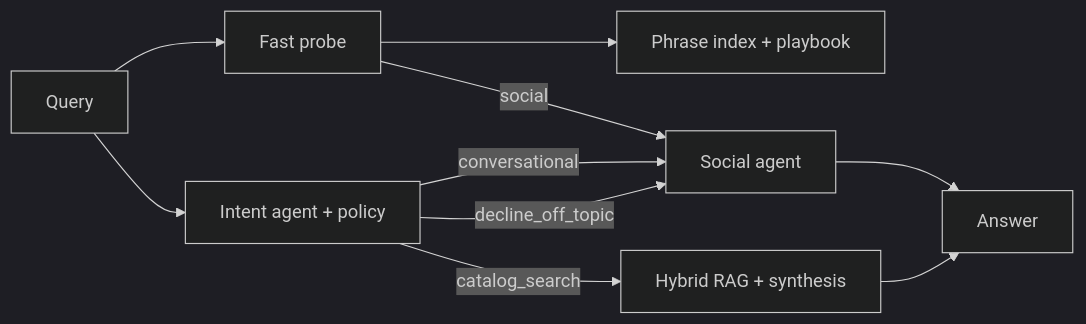
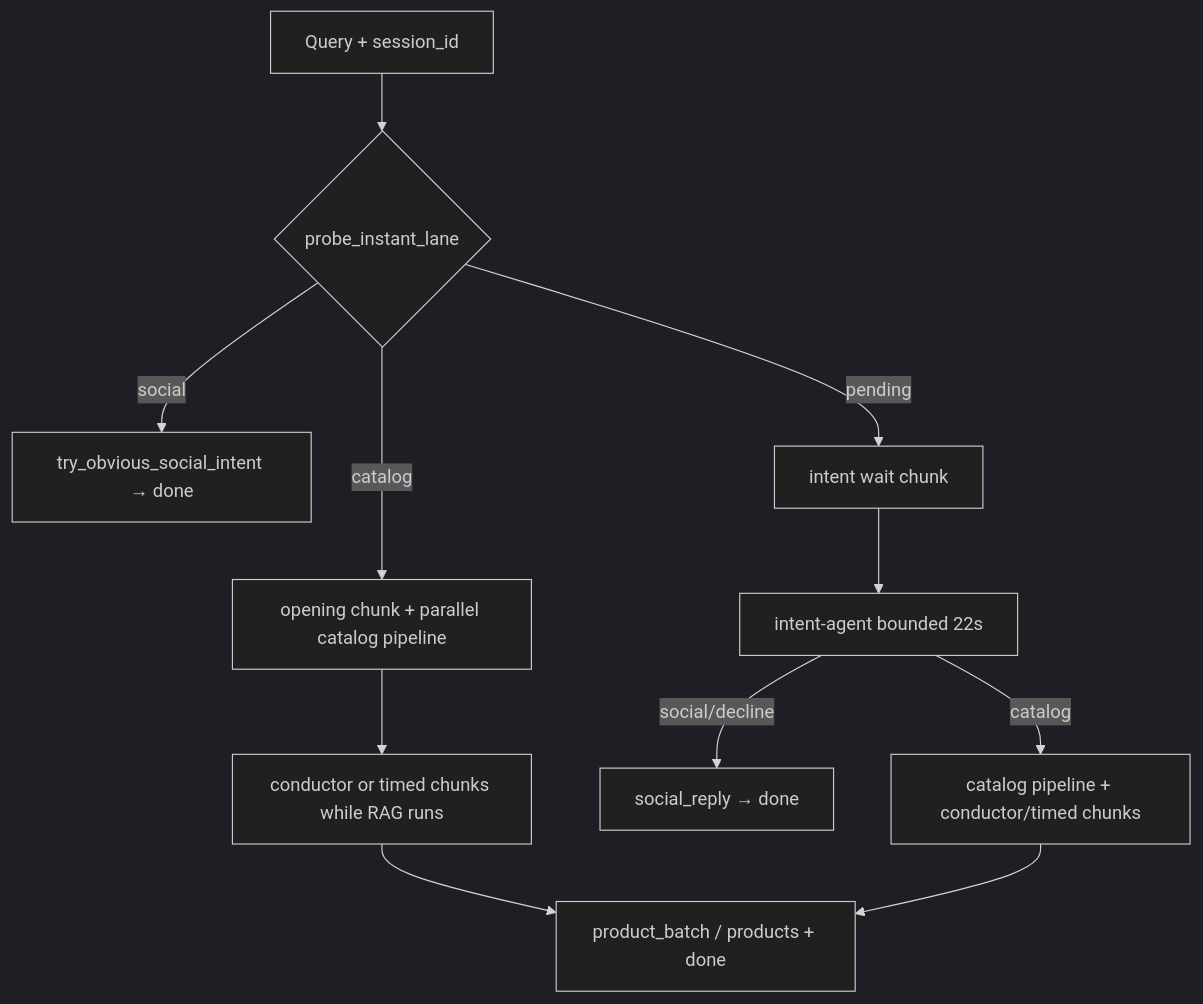
The diagram in docs/PROJECT_FEATURES.md (peluzzza/PoCAssistantZooplus), drawn with Mermaid (dark theme) before and after one commit. The commit also changed other lines of this file, not shown here.

````diff
--- a/docs/PROJECT_FEATURES.md
+++ b/docs/PROJECT_FEATURES.md
@@ -77,12 +105,13 @@
 ```mermaid
-flowchart LR
-  Q[Query] --> PROBE[Fast probe]
-  PROBE --> PHRASE[Phrase index + playbook]
-  PROBE -->|social| SOC[Social agent]
-  Q --> INT[Intent agent + policy]
-  INT -->|conversational| SOC
-  INT -->|decline_off_topic| SOC
-  INT -->|catalog_search| RAG[Hybrid RAG + synthesis]
-  SOC --> OUT[Answer]
-  RAG --> OUT
+flowchart TB
+  Q[Query + session_id] --> PROBE{probe_instant_lane}
+  PROBE -->|social| FAST_SOC[try_obvious_social_intent → done]
+  PROBE -->|catalog| FAST_CAT[opening chunk + parallel catalog pipeline]
+  PROBE -->|pending| WAIT[intent wait chunk]
+  WAIT --> INT[intent-agent bounded 22s]
+  INT -->|social/decline| SOC[social_reply → done]
+  INT -->|catalog| CAT[catalog pipeline + conductor/timed chunks]
+  FAST_CAT --> COND[conductor or timed chunks while RAG runs]
+  COND --> FIN[product_batch / products + done]
+  CAT --> FIN
 ```
````
